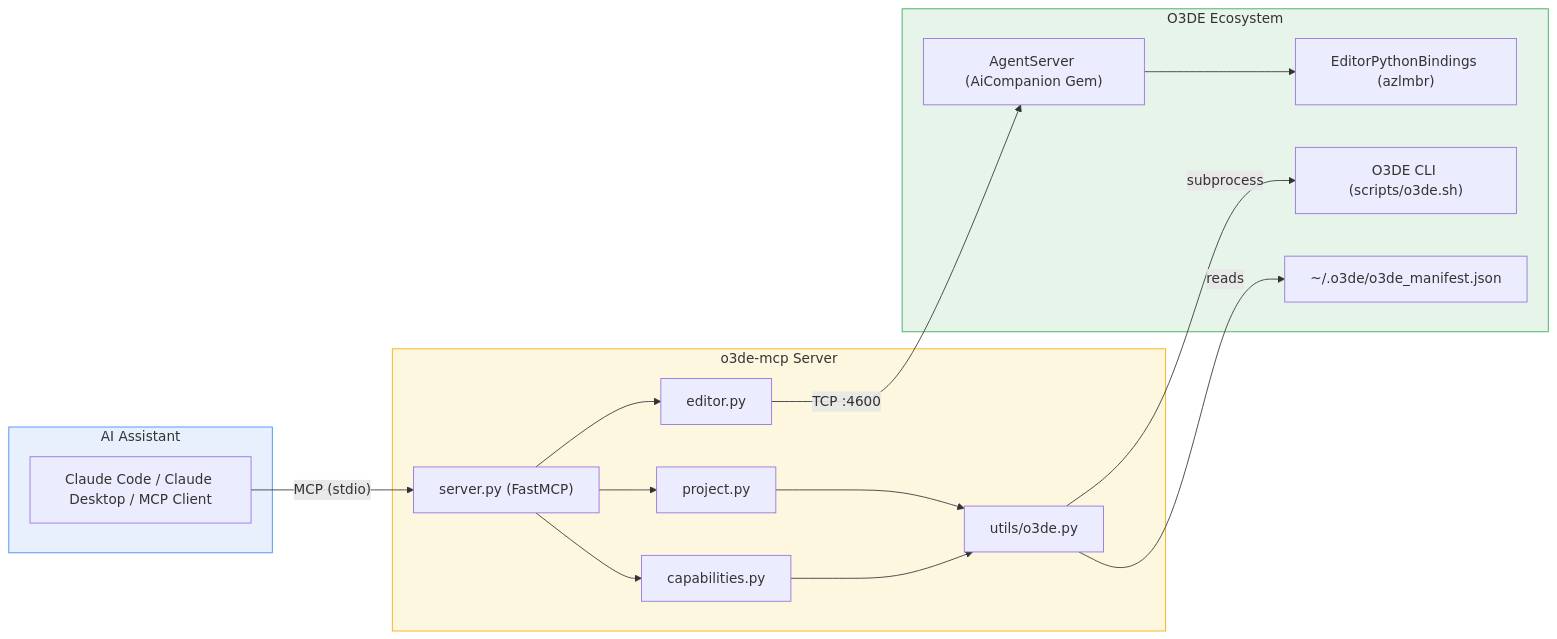
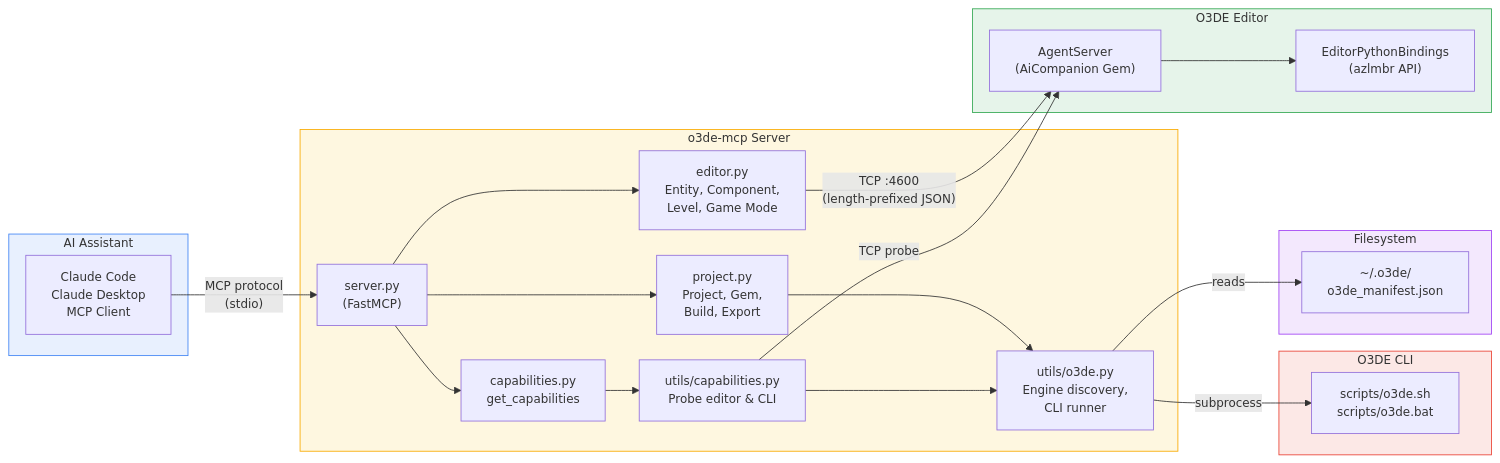
The diagram in docs/architecture.md (nickschuetz/o3de-mcp), drawn with Mermaid before and after one commit.

Commit message:
Restore detailed architecture diagram with compact spacing

````diff
--- a/docs/architecture.md
+++ b/docs/architecture.md
@@ -13,30 +13,55 @@
 ```mermaid
+---
+config:
+  themeVariables:
+    fontSize: 14px
+  flowchart:
+    nodeSpacing: 30
+    rankSpacing: 40
+---
 graph LR
     subgraph AI["AI Assistant"]
-        CC["Claude Code / Claude Desktop / MCP Client"]
+        CC["Claude Code<br/>Claude Desktop<br/>MCP Client"]
     end
 
     subgraph MCP["o3de-mcp Server"]
-        S["server.py (FastMCP)"]
-        ED["editor.py"] & PR["project.py"] & CAP["capabilities.py"]
-        UO["utils/o3de.py"]
+        S["server.py<br/>(FastMCP)"]
+        CAP["capabilities.py<br/>get_capabilities"]
+        ED["editor.py<br/>Entity, Component,<br/>Level, Game Mode"]
+        PR["project.py<br/>Project, Gem,<br/>Build, Export"]
+        UC["utils/capabilities.py<br/>Probe editor & CLI"]
+        UO["utils/o3de.py<br/>Engine discovery,<br/>CLI runner"]
     end
 
-    subgraph O3DE["O3DE Ecosystem"]
-        AS["AgentServer (AiCompanion Gem)"] --> EPB["EditorPythonBindings (azlmbr)"]
-        SCRIPT["O3DE CLI (scripts/o3de.sh)"]
-        MANIFEST["~/.o3de/o3de_manifest.json"]
+    subgraph O3DE["O3DE Editor"]
+        AS["AgentServer<br/>(AiCompanion Gem)"]
+        EPB["EditorPythonBindings<br/>(azlmbr API)"]
     end
 
-    CC -- "MCP (stdio)" --> S
-    S --> ED & PR & CAP
-    ED -- "TCP :4600" --> AS
+    subgraph CLI["O3DE CLI"]
+        SCRIPT["scripts/o3de.sh<br/>scripts/o3de.bat"]
+    end
+
+    subgraph FS["Filesystem"]
+        MANIFEST["~/.o3de/<br/>o3de_manifest.json"]
+    end
+
+    CC -- "MCP protocol<br/>(stdio)" --> S
+    S --> CAP
+    S --> ED
+    S --> PR
+    CAP --> UC
+    ED -- "TCP :4600<br/>(length-prefixed JSON)" --> AS
+    AS --> EPB
     PR --> UO
-    CAP --> UO
     UO -- subprocess --> SCRIPT
     UO -- reads --> MANIFEST
+    UC --> UO
+    UC -- "TCP probe" --> AS
 
     style AI fill:#e8f0fe,stroke:#4285f4
     style MCP fill:#fef7e0,stroke:#f9ab00
     style O3DE fill:#e6f4ea,stroke:#34a853
+    style CLI fill:#fce8e6,stroke:#ea4335
+    style FS fill:#f3e8fd,stroke:#a142f4
 ```
````
